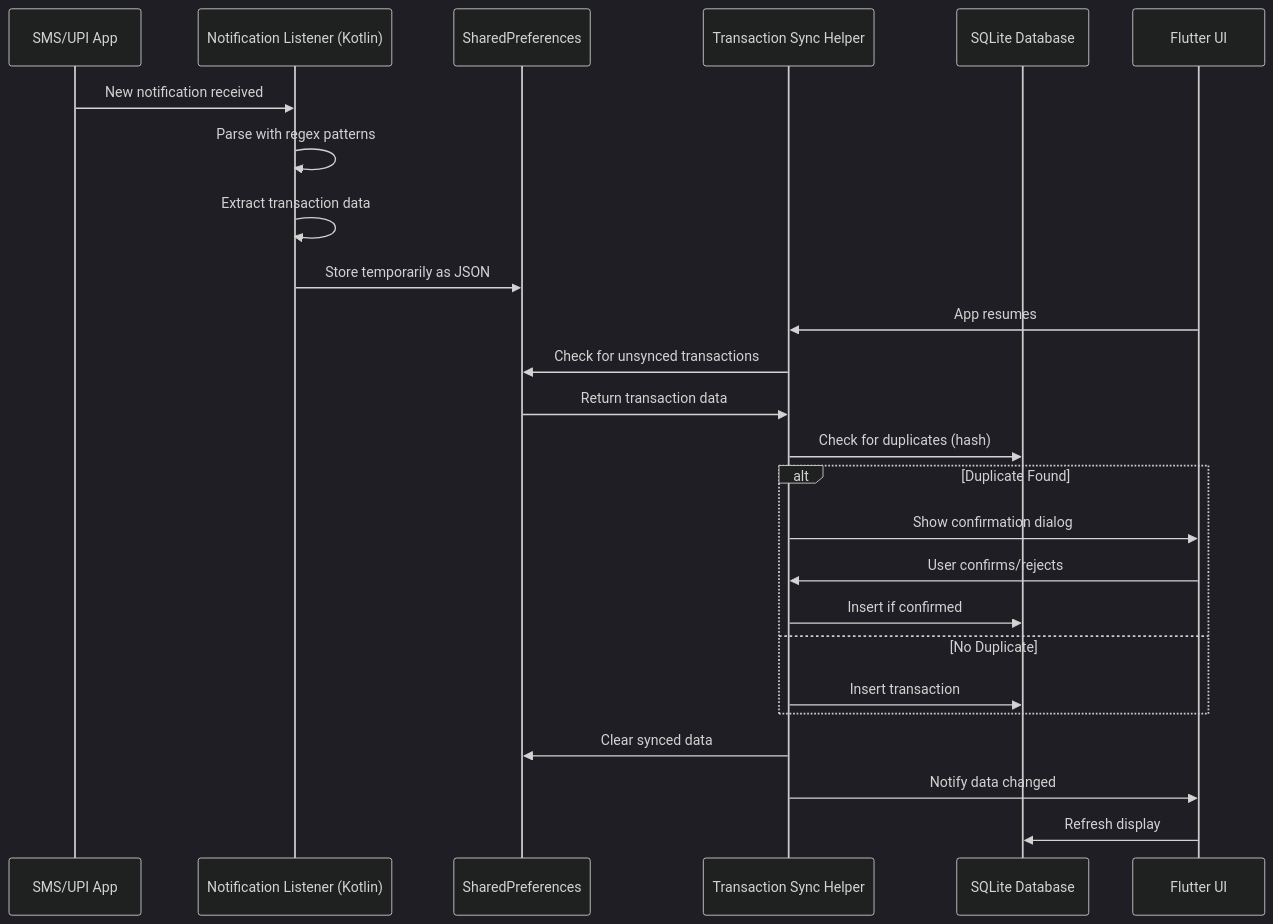
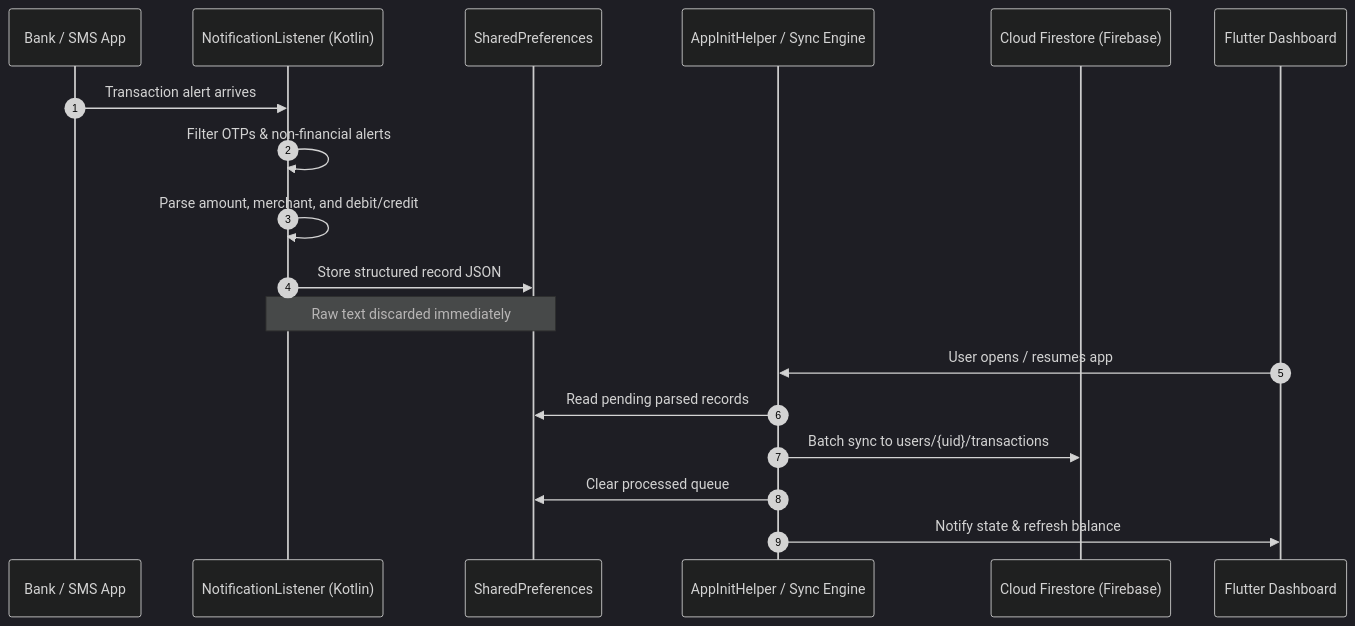
Before and after one commit to FaysArukattil/buddy_2.0: the diagram in README.md, drawn with Mermaid (dark theme). The commit also changed other lines of this file and 21 other files, not shown here.

````diff
--- a/README.md
+++ b/README.md
@@ -387,31 +183,23 @@
 ```mermaid
 sequenceDiagram
-    participant SMS as SMS/UPI App
-    participant NS as Notification Listener (Kotlin)
-    participant SP as SharedPreferences
-    participant TS as Transaction Sync Helper
-    participant DB as SQLite Database
-    participant UI as Flutter UI
+    autonumber
+    participant Bank as Bank / SMS App
+    participant NL as NotificationListener (Kotlin)
+    participant Prefs as SharedPreferences
+    participant Sync as AppInitHelper / Sync Engine
+    participant FS as Cloud Firestore (Firebase)
+    participant UI as Flutter Dashboard
 
-    SMS->>NS: New notification received
-    NS->>NS: Parse with regex patterns
-    NS->>NS: Extract transaction data
-    NS->>SP: Store temporarily as JSON
+    Bank->>NL: Transaction alert arrives
+    NL->>NL: Filter OTPs & non-financial alerts
+    NL->>NL: Parse amount, merchant, and debit/credit
+    NL->>Prefs: Store structured record JSON
     
-    UI->>TS: App resumes
-    TS->>SP: Check for unsynced transactions
-    SP->>TS: Return transaction data
-    TS->>DB: Check for duplicates (hash)
+    Note over NL,Prefs: Raw text discarded immediately
     
-    alt Duplicate Found
-        TS->>UI: Show confirmation dialog
-        UI->>TS: User confirms/rejects
-        TS->>DB: Insert if confirmed
-    else No Duplicate
-        TS->>DB: Insert transaction
-    end
-    
-    TS->>SP: Clear synced data
-    TS->>UI: Notify data changed
-    UI->>DB: Refresh display
+    UI->>Sync: User opens / resumes app
+    Sync->>Prefs: Read pending parsed records
+    Sync->>FS: Batch sync to users/{uid}/transactions
+    Sync->>Prefs: Clear processed queue
+    Sync->>UI: Notify state & refresh balance
 ```
````
